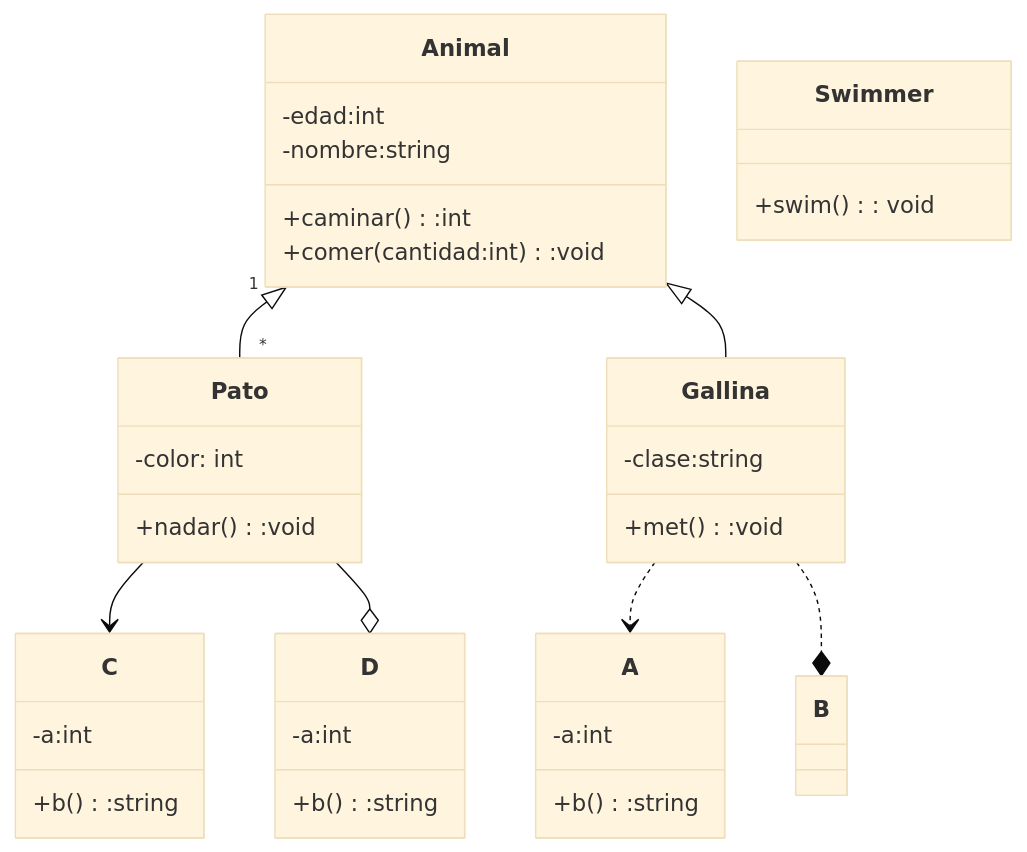
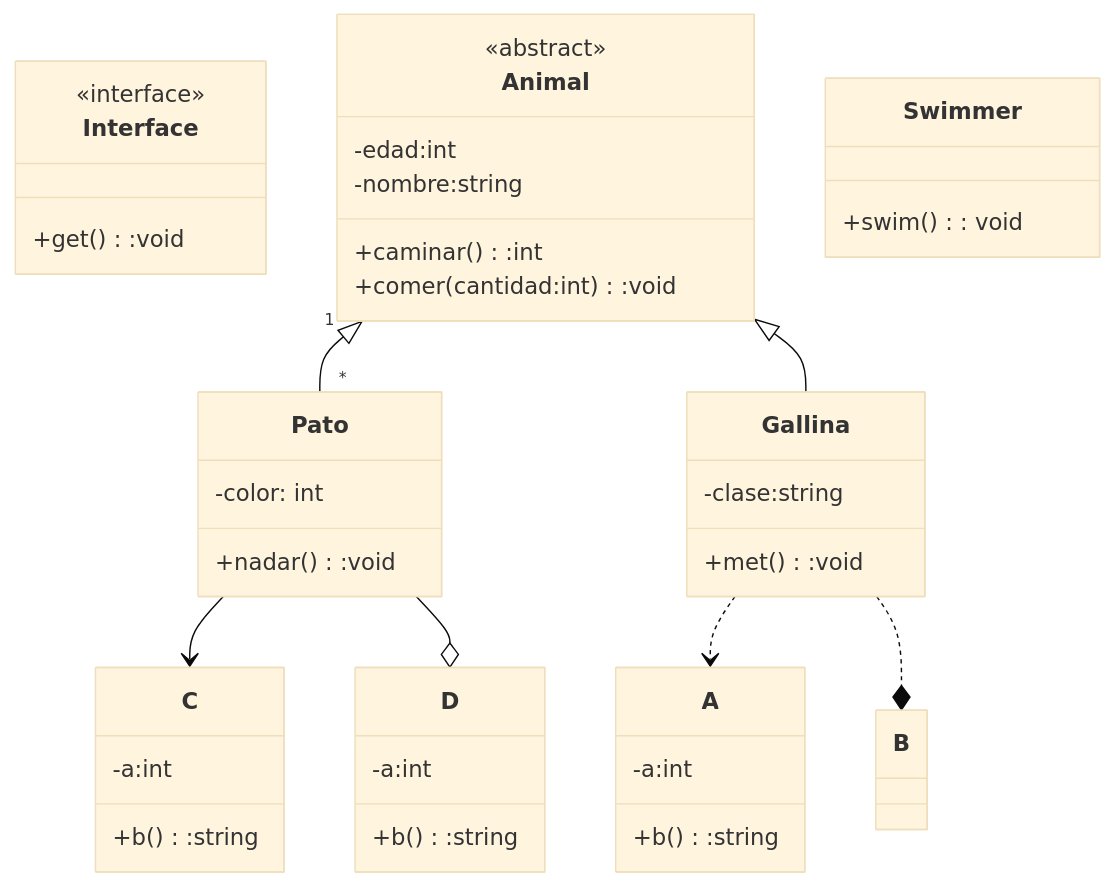
The diagram in README.md (ealejor/PERSISTENCIA-JAVA), drawn with Mermaid (base theme) before and after one commit.

````diff
--- a/README.md
+++ b/README.md
@@ -4,44 +4,49 @@
 ```mermaid
 classDiagram
+    class Interface{
+        <<interface>>
+        +get():void
+    }
     class Animal {
+        <<abstract>>
         -edad:int
         -nombre:string
         +caminar():int
         +comer(cantidad:int):void
     }
     
     class Pato{
         -color: int
         +nadar():void
     }
     
     class Gallina{
         -clase:string
         +met():void
     }
     
     class A{
         -a:int
         +b():string
     }
 
     class C{
         -a:int
         +b():string
     }
     class D{
         -a:int
         +b():string
     }
     
     class Swimmer{
         +swim(): void
     }
 
     Animal "1" <|-- "*" Pato
     Animal <|-- Gallina
     Gallina ..> A
     Gallina ..* B
     Pato --> C
     Pato --o D
 ```
````
